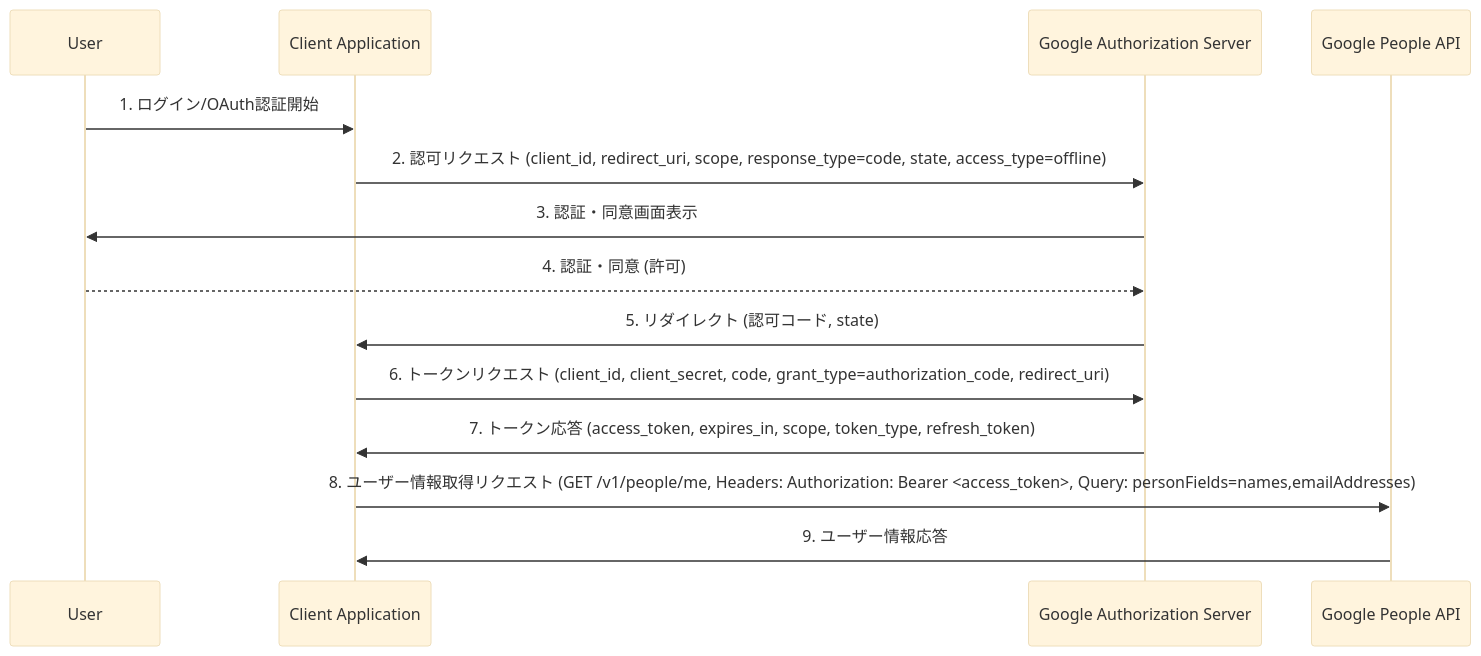
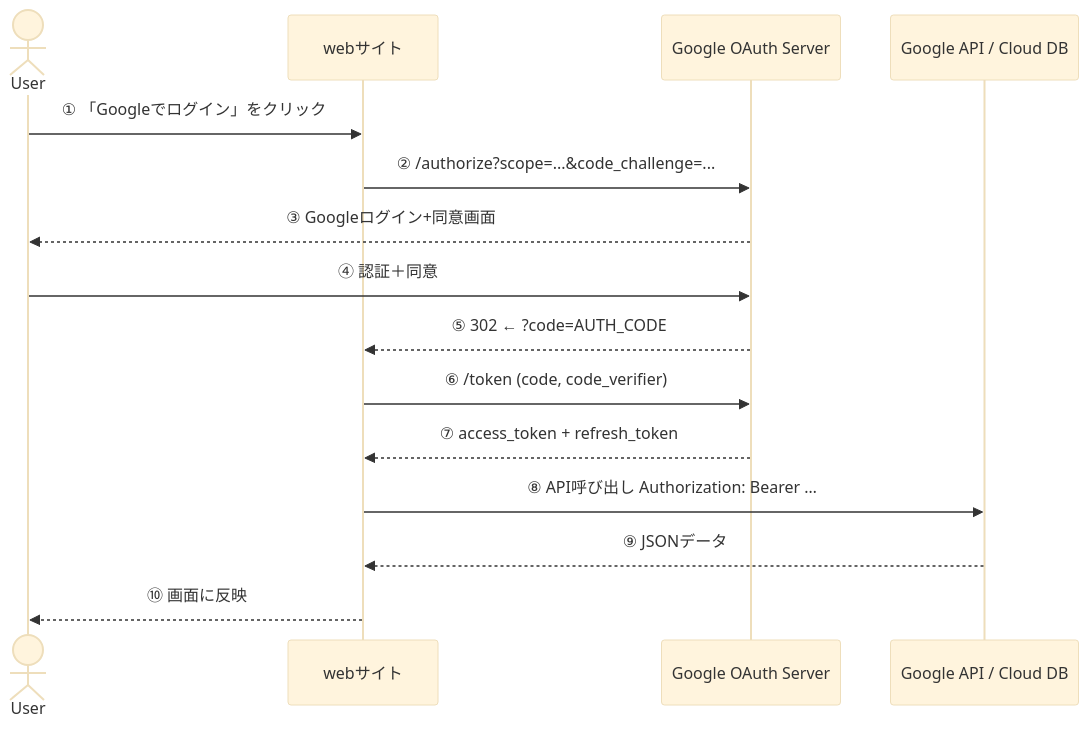
Before and after one commit to tamai-hideyuki/tamai-hideyuki: the diagram in docs/authentication/oauth/google.md, drawn with Mermaid (base theme). The commit also changed other lines of this file and 12 other files, not shown here.

````diff
--- a/docs/authentication/oauth/google.md
+++ b/docs/authentication/oauth/google.md
@@ -6,17 +7,20 @@
 ```mermaid
 sequenceDiagram
-    participant User
-    participant ClientApp as Client Application
-    participant GoogleAuth as Google Authorization Server
-    participant GoogleAPI as Google People API
+  actor User
+  participant Site as webサイト
+  participant GoogleAuth as Google OAuth Server
+  participant GAPI as Google API / Cloud DB
 
-    User->>ClientApp: 1. ログイン/OAuth認証開始
-    ClientApp->>GoogleAuth: 2. 認可リクエスト (client_id, redirect_uri, scope, response_type=code, state, access_type=offline)
-    GoogleAuth->>User: 3. 認証・同意画面表示
-    User-->>GoogleAuth: 4. 認証・同意 (許可)
-    GoogleAuth->>ClientApp: 5. リダイレクト (認可コード, state)
-    ClientApp->>GoogleAuth: 6. トークンリクエスト (client_id, client_secret, code, grant_type=authorization_code, redirect_uri)
-    GoogleAuth->>ClientApp: 7. トークン応答 (access_token, expires_in, scope, token_type, refresh_token)
-    ClientApp->>GoogleAPI: 8. ユーザー情報取得リクエスト (GET /v1/people/me, Headers: Authorization: Bearer <access_token>, Query: personFields=names,emailAddresses)
-    GoogleAPI->>ClientApp: 9. ユーザー情報応答
+  User->>Site: ① 「Googleでログイン」をクリック
+  Site->>GoogleAuth: ② /authorize?scope=...&code_challenge=...
+  GoogleAuth-->>User: ③ Googleログイン+同意画面
+  User->>GoogleAuth: ④ 認証＋同意
+  GoogleAuth-->>Site: ⑤ 302 ← ?code=AUTH_CODE
+  Site->>GoogleAuth: ⑥ /token (code, code_verifier)
+  GoogleAuth-->>Site: ⑦ access_token + refresh_token
+  Site->>GAPI: ⑧ API呼び出し Authorization: Bearer …
+  GAPI-->>Site: ⑨ JSONデータ
+  Site-->>User: ⑩ 画面に反映
+
+
 ```
````
